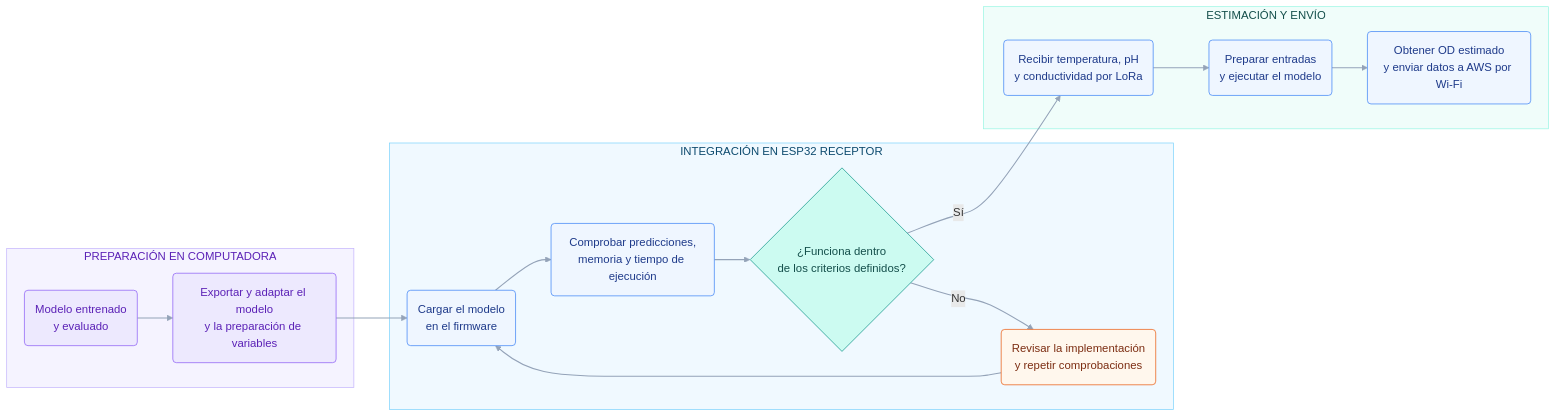
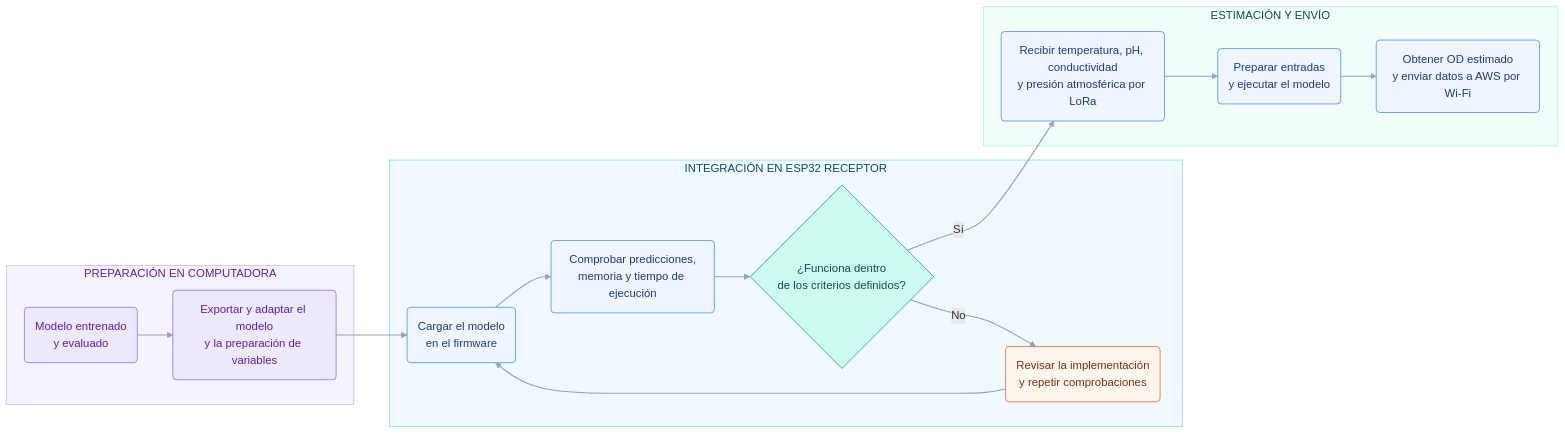
One commit to Marco404-Dev/PI_Equipo_09 changed the third of 3 diagrams in README.md. Above: the diagram before and after it, drawn with Mermaid. The commit also changed other lines of this file, not shown here.

````diff
--- a/README.md
+++ b/README.md
@@ -217,36 +229,36 @@
 ```mermaid
 flowchart LR
     subgraph PC["PREPARACIÓN EN COMPUTADORA"]
         A("Modelo entrenado<br/>y evaluado")
         B("Exportar y adaptar el modelo<br/>y la preparación de variables")
         A --> B
     end
     subgraph ESP["INTEGRACIÓN EN ESP32 RECEPTOR"]
         C("Cargar el modelo<br/>en el firmware")
         D("Comprobar predicciones,<br/>memoria y tiempo de ejecución")
         E{"¿Funciona dentro<br/>de los criterios definidos?"}
         F("Revisar la implementación<br/>y repetir comprobaciones")
         C --> D --> E
         E -- No --> F --> C
     end
     subgraph USO["ESTIMACIÓN Y ENVÍO"]
-        G("Recibir temperatura, pH<br/>y conductividad por LoRa")
+        G("Recibir temperatura, pH, conductividad<br/>y presión atmosférica por LoRa")
         H("Preparar entradas<br/>y ejecutar el modelo")
         I("Obtener OD estimado<br/>y enviar datos a AWS por Wi-Fi")
         G --> H --> I
     end
     B --> C
     E -- Sí --> G
     classDef preparacion fill:#EDE9FE,stroke:#8B5CF6,color:#5B21B6;
     classDef proceso fill:#EFF6FF,stroke:#3B82F6,color:#1E3A8A;
     classDef decision fill:#CCFBF1,stroke:#0D9488,color:#134E4A;
     classDef revision fill:#FFF7ED,stroke:#EA580C,color:#7C2D12;
     class A,B preparacion;
     class C,D,G,H,I proceso;
     class E decision;
     class F revision;
     style PC fill:#F5F3FF,stroke:#C4B5FD,color:#5B21B6
     style ESP fill:#F0F9FF,stroke:#7DD3FC,color:#0C4A6E
     style USO fill:#F0FDFA,stroke:#99F6E4,color:#134E4A
     linkStyle default stroke:#94A3B8,stroke-width:1.5px;
 ```
````
